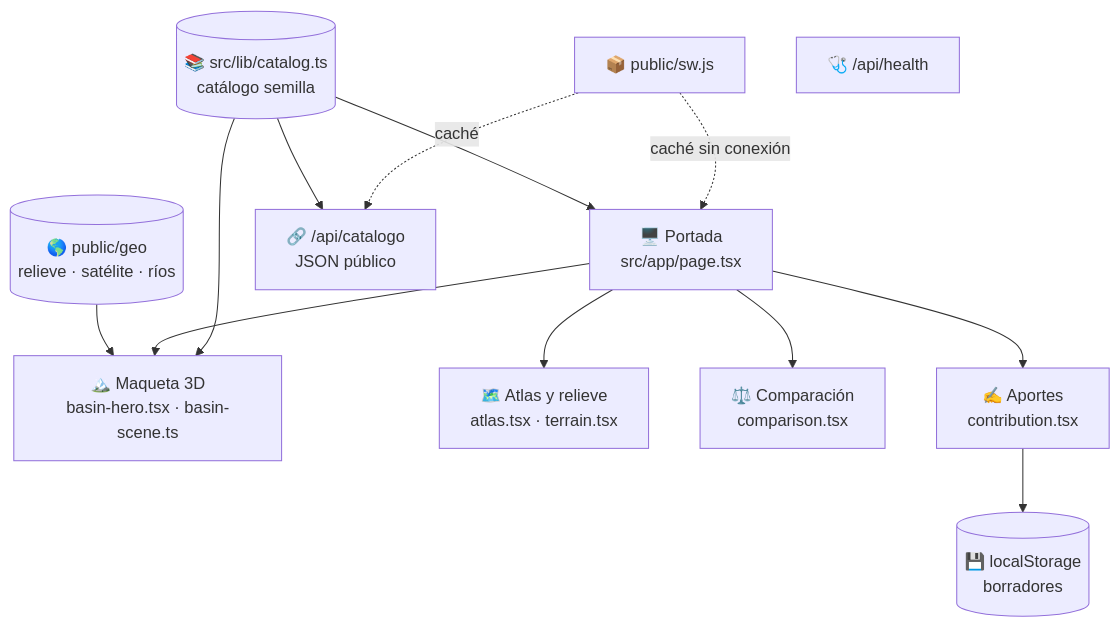
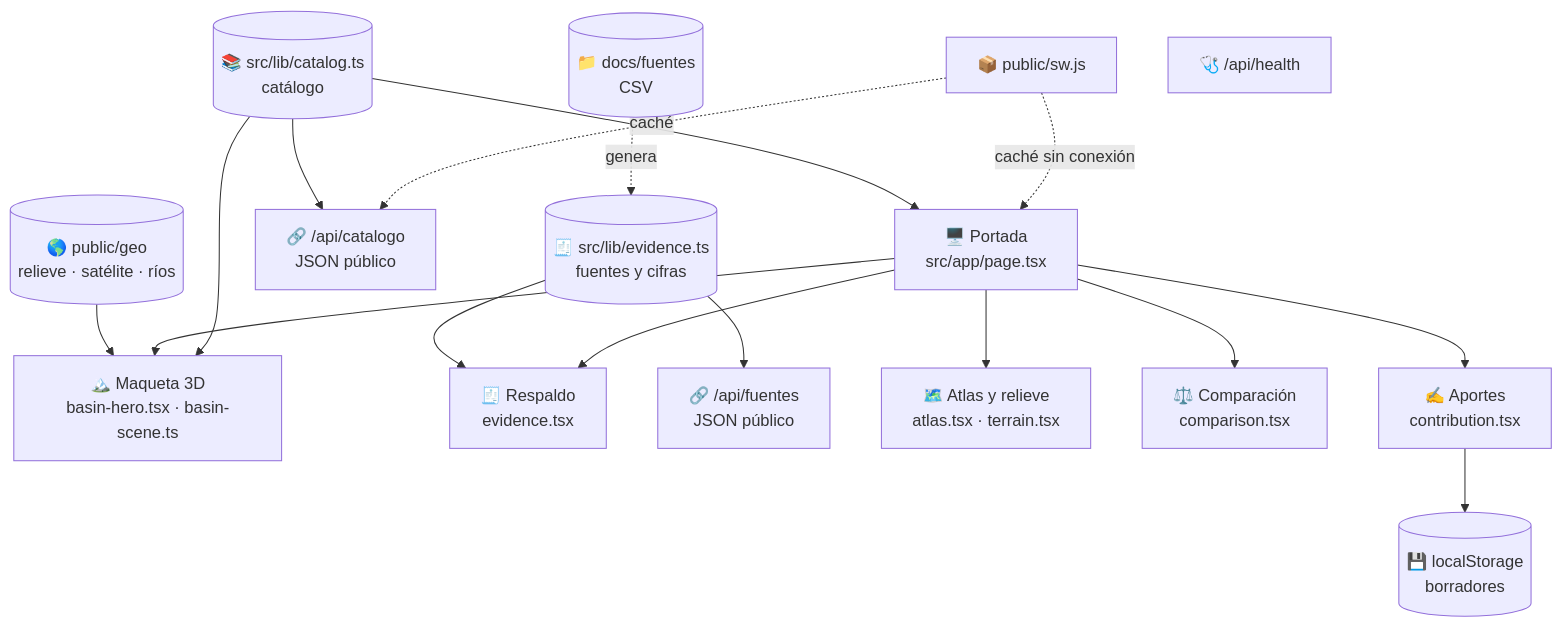
Before and after one commit to Quri-Nawi/Quri-Nawi: the third of 4 diagrams in README.md, drawn with Mermaid. The commit also changed other lines of this file and 41 other files, not shown here.

Commit message:
feat: integrar observaciones de Ale y respaldo documental del catálogo

````diff
--- a/README.md
+++ b/README.md
@@ -140,16 +159,20 @@
 ```mermaid
 flowchart TB
-    C[("📚 src/lib/catalog.ts<br>catálogo semilla")]
+    C[("📚 src/lib/catalog.ts<br>catálogo")]
     C --> P["🖥️ Portada<br>src/app/page.tsx"]
     G[("🌎 public/geo<br>relieve · satélite · ríos")] --> M["🏔️ Maqueta 3D<br>basin-hero.tsx · basin-scene.ts"]
     P --> M
     C --> M
     C --> J["🔗 /api/catalogo<br>JSON público"]
+    E[("🧾 src/lib/evidence.ts<br>fuentes y cifras")] --> R["🧾 Respaldo<br>evidence.tsx"]
+    E --> Q["🔗 /api/fuentes<br>JSON público"]
+    D[("📁 docs/fuentes<br>CSV")] -. genera .-> E
+    P --> R
     P --> A["🗺️ Atlas y relieve<br>atlas.tsx · terrain.tsx"]
     P --> K["⚖️ Comparación<br>comparison.tsx"]
     P --> B["✍️ Aportes<br>contribution.tsx"]
     B --> L[("💾 localStorage<br>borradores")]
     SW["📦 public/sw.js"] -. caché sin conexión .-> P
     SW -. caché .-> J
     H["🩺 /api/health"]
 ```
````
